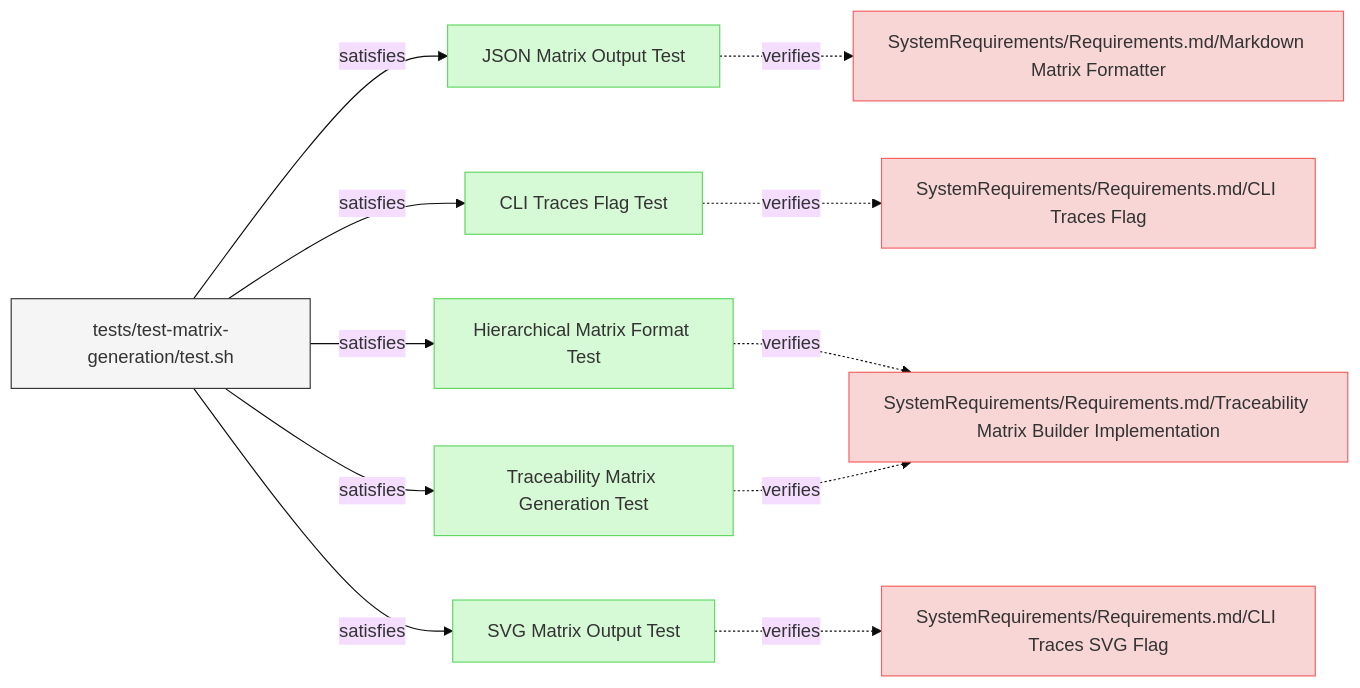
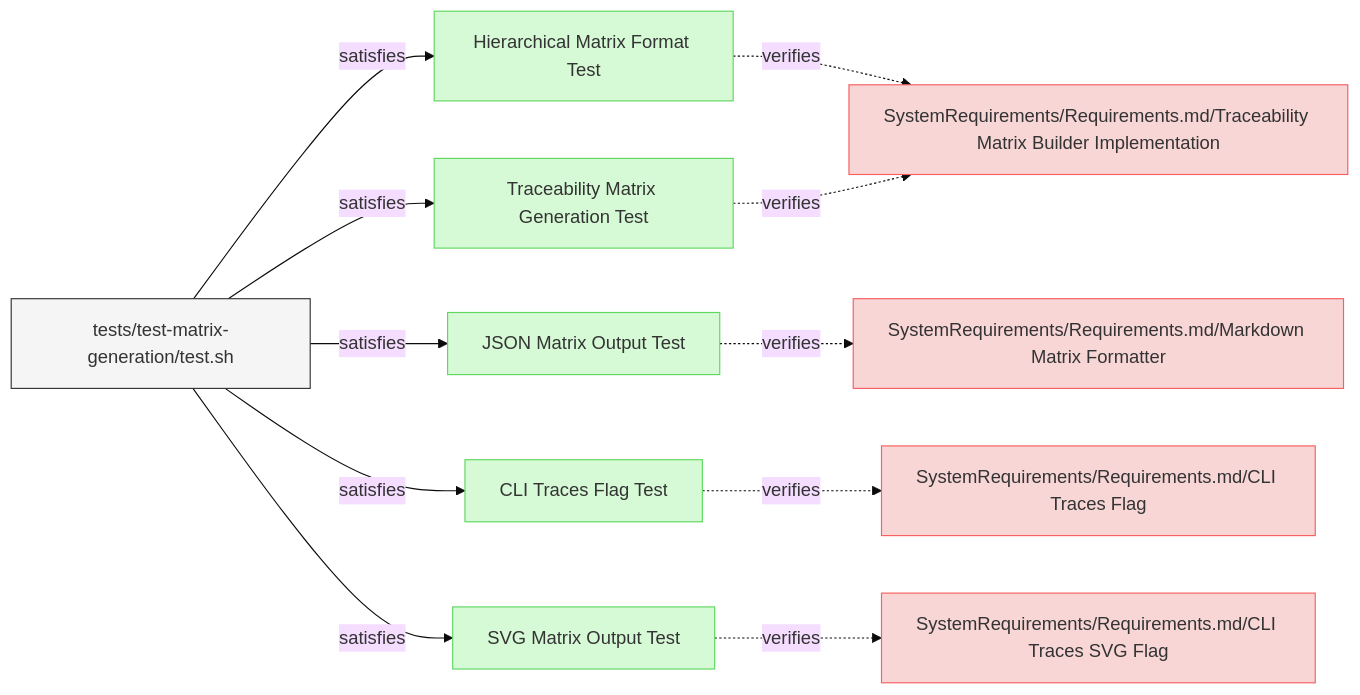
One commit to reqvire-org/reqvire changed the diagram in specifications/Verifications/TreacibilityMatrix.md. Above: the diagram before and after it, drawn with Mermaid (base theme). The commit also changed other lines of this file and 18 other files, not shown here.

````diff
--- a/specifications/Verifications/TreacibilityMatrix.md
+++ b/specifications/Verifications/TreacibilityMatrix.md
@@ -6,61 +6,61 @@
 ```mermaid
 graph LR;
   %% Graph styling
   classDef requirement fill:#f9d6d6,stroke:#f55f5f,stroke-width:1px;
   classDef verification fill:#d6f9d6,stroke:#5fd75f,stroke-width:1px;
   classDef externalLink fill:#d0e0ff,stroke:#3080ff,stroke-width:1px;
   classDef default fill:#f5f5f5,stroke:#333333,stroke-width:1px;
 
+  5a25cf6244f4f44["Hierarchical Matrix Format Test"];
+  class 5a25cf6244f4f44 verification;
+  click 5a25cf6244f4f44 "TreacibilityMatrix.md#hierarchical-matrix-format-test";
+  b55d8517cd3e58["SystemRequirements/Requirements.md/Traceability Matrix Builder Implementation"];
+  class b55d8517cd3e58 requirement;
+  click b55d8517cd3e58 "../SystemRequirements/Requirements.md#traceability-matrix-builder-implementation";
+  5a25cf6244f4f44 -.->|verifies| b55d8517cd3e58;
+  8aec4f4d071ac12c["tests/test-matrix-generation/test.sh"];
+  class 8aec4f4d071ac12c default;
+  click 8aec4f4d071ac12c "../../tests/test-matrix-generation/test.sh";
+  8aec4f4d071ac12c -->|satisfies| 5a25cf6244f4f44;
   50c290277850dd17["JSON Matrix Output Test"];
   class 50c290277850dd17 verification;
   click 50c290277850dd17 "TreacibilityMatrix.md#json-matrix-output-test";
   1b7491b67a792bc9["SystemRequirements/Requirements.md/Markdown Matrix Formatter"];
   class 1b7491b67a792bc9 requirement;
   click 1b7491b67a792bc9 "../SystemRequirements/Requirements.md#markdown-matrix-formatter";
   50c290277850dd17 -.->|verifies| 1b7491b67a792bc9;
   8aec4f4d071ac12c["tests/test-matrix-generation/test.sh"];
   class 8aec4f4d071ac12c default;
   click 8aec4f4d071ac12c "../../tests/test-matrix-generation/test.sh";
   8aec4f4d071ac12c -->|satisfies| 50c290277850dd17;
   7f6c7f917ed529ae["CLI Traces Flag Test"];
   class 7f6c7f917ed529ae verification;
   click 7f6c7f917ed529ae "TreacibilityMatrix.md#cli-traces-flag-test";
   cb36e164a6ea70ff["SystemRequirements/Requirements.md/CLI Traces Flag"];
   class cb36e164a6ea70ff requirement;
   click cb36e164a6ea70ff "../SystemRequirements/Requirements.md#cli-traces-flag";
   7f6c7f917ed529ae -.->|verifies| cb36e164a6ea70ff;
   8aec4f4d071ac12c["tests/test-matrix-generation/test.sh"];
   class 8aec4f4d071ac12c default;
   click 8aec4f4d071ac12c "../../tests/test-matrix-generation/test.sh";
   8aec4f4d071ac12c -->|satisfies| 7f6c7f917ed529ae;
-  5a25cf6244f4f44["Hierarchical Matrix Format Test"];
-  class 5a25cf6244f4f44 verification;
-  click 5a25cf6244f4f44 "TreacibilityMatrix.md#hierarchical-matrix-format-test";
-  b55d8517cd3e58["SystemRequirements/Requirements.md/Traceability Matrix Builder Implementation"];
-  class b55d8517cd3e58 requirement;
-  click b55d8517cd3e58 "../SystemRequirements/Requirements.md#traceability-matrix-builder-implementation";
-  5a25cf6244f4f44 -.->|verifies| b55d8517cd3e58;
+  aa85c85e7c41d899["Traceability Matrix Generation Test"];
+  class aa85c85e7c41d899 verification;
+  click aa85c85e7c41d899 "TreacibilityMatrix.md#traceability-matrix-generation-test";
+  aa85c85e7c41d899 -.->|verifies| b55d8517cd3e58;
   8aec4f4d071ac12c["tests/test-matrix-generation/test.sh"];
   class 8aec4f4d071ac12c default;
   click 8aec4f4d071ac12c "../../tests/test-matrix-generation/test.sh";
-  8aec4f4d071ac12c -->|satisfies| 5a25cf6244f4f44;
+  8aec4f4d071ac12c -->|satisfies| aa85c85e7c41d899;
   62b41611d85d4161["SVG Matrix Output Test"];
   class 62b41611d85d4161 verification;
   click 62b41611d85d4161 "TreacibilityMatrix.md#svg-matrix-output-test";
   1d9a1c502316e443["SystemRequirements/Requirements.md/CLI Traces SVG Flag"];
   class 1d9a1c502316e443 requirement;
   click 1d9a1c502316e443 "../SystemRequirements/Requirements.md#cli-traces-svg-flag";
   62b41611d85d4161 -.->|verifies| 1d9a1c502316e443;
   8aec4f4d071ac12c["tests/test-matrix-generation/test.sh"];
   class 8aec4f4d071ac12c default;
   click 8aec4f4d071ac12c "../../tests/test-matrix-generation/test.sh";
   8aec4f4d071ac12c -->|satisfies| 62b41611d85d4161;
-  aa85c85e7c41d899["Traceability Matrix Generation Test"];
-  class aa85c85e7c41d899 verification;
-  click aa85c85e7c41d899 "TreacibilityMatrix.md#traceability-matrix-generation-test";
-  aa85c85e7c41d899 -.->|verifies| b55d8517cd3e58;
-  8aec4f4d071ac12c["tests/test-matrix-generation/test.sh"];
-  class 8aec4f4d071ac12c default;
-  click 8aec4f4d071ac12c "../../tests/test-matrix-generation/test.sh";
-  8aec4f4d071ac12c -->|satisfies| aa85c85e7c41d899;
 ```
````
